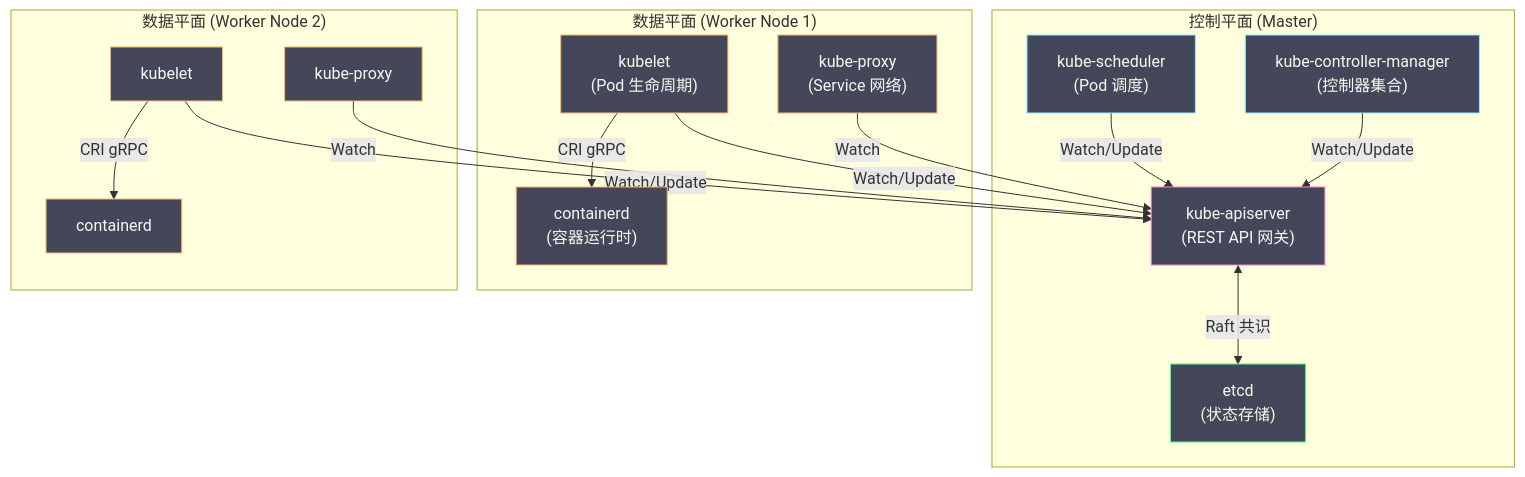
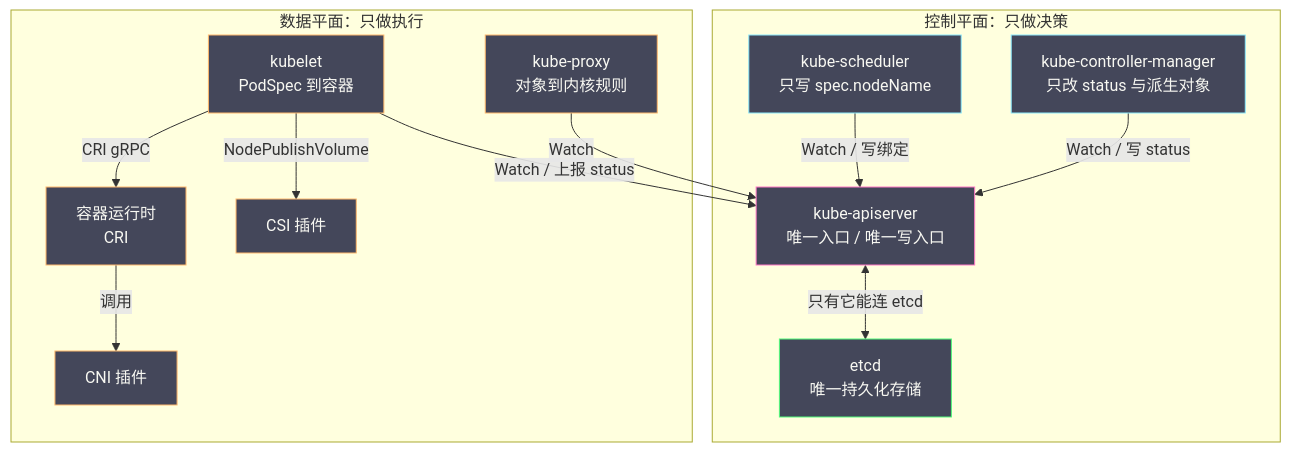
One commit to hpliStartAgain/my-brain changed the first of 5 diagrams in content/云原生/Kubernetes/kubernetes架构原则和对象设计/02 Kubernetes 整体架构.md. Above: the diagram before and after it, drawn with Mermaid. The commit also changed other lines of this file and 24 other files, not shown here.

````diff
--- a/content/云原生/Kubernetes/kubernetes架构原则和对象设计/02 Kubernetes 整体架构.md
+++ b/content/云原生/Kubernetes/kubernetes架构原则和对象设计/02 Kubernetes 整体架构.md
@@ -40,42 +48,37 @@
 ```mermaid
 %%{init: {'theme': 'dracula'}}%%
 graph TD
-    subgraph "控制平面 (Master)"
-        API["kube-apiserver</br>(REST API 网关)"]
-        ETCD["etcd</br>(状态存储)"]
-        SCHED["kube-scheduler</br>(Pod 调度)"]
-        CM["kube-controller-manager</br>(控制器集合)"]
+    subgraph CP["控制平面：只做决策"]
+        API["kube-apiserver<br/>唯一入口 / 唯一写入口"]
+        ETCD["etcd<br/>唯一持久化存储"]
+        SCHED["kube-scheduler<br/>只写 spec.nodeName"]
+        CM["kube-controller-manager<br/>只改 status 与派生对象"]
     end
 
-    subgraph "数据平面 (Worker Node 1)"
-        KL1["kubelet</br>(Pod 生命周期)"]
-        KP1["kube-proxy</br>(Service 网络)"]
-        CR1["containerd</br>(容器运行时)"]
+    subgraph DP["数据平面：只做执行"]
+        KL["kubelet<br/>PodSpec 到容器"]
+        KP["kube-proxy<br/>对象到内核规则"]
+        CR["容器运行时<br/>CRI"]
+        CNI["CNI 插件"]
+        CSI["CSI 插件"]
     end
 
-    subgraph "数据平面 (Worker Node 2)"
-        KL2["kubelet"]
-        KP2["kube-proxy"]
-        CR2["containerd"]
-    end
+    API <-->|"只有它能连 etcd"| ETCD
+    SCHED -->|"Watch / 写绑定"| API
+    CM -->|"Watch / 写 status"| API
+    KL -->|"Watch / 上报 status"| API
+    KP -->|"Watch"| API
+    KL -->|"CRI gRPC"| CR
+    CR -->|"调用"| CNI
+    KL -->|"NodePublishVolume"| CSI
 
-    API <-->|"Raft 共识"| ETCD
-    SCHED -->|"Watch/Update"| API
-    CM -->|"Watch/Update"| API
-    KL1 -->|"Watch/Update"| API
-    KP1 -->|"Watch"| API
-    KL2 -->|"Watch/Update"| API
-    KP2 -->|"Watch"| API
-    KL1 -->|"CRI gRPC"| CR1
-    KL2 -->|"CRI gRPC"| CR2
-
-    classDef api fill:#44475a,stroke:#ff79c6,color:#f8f8f2
+    classDef hub fill:#44475a,stroke:#ff79c6,color:#f8f8f2
     classDef store fill:#44475a,stroke:#50fa7b,color:#f8f8f2
     classDef ctrl fill:#44475a,stroke:#8be9fd,color:#f8f8f2
     classDef node fill:#44475a,stroke:#ffb86c,color:#f8f8f2
 
-    class API api
+    class API hub
     class ETCD store
     class SCHED,CM ctrl
-    class KL1,KP1,CR1,KL2,KP2,CR2 node
+    class KL,KP,CR,CNI,CSI node
 ```
````
